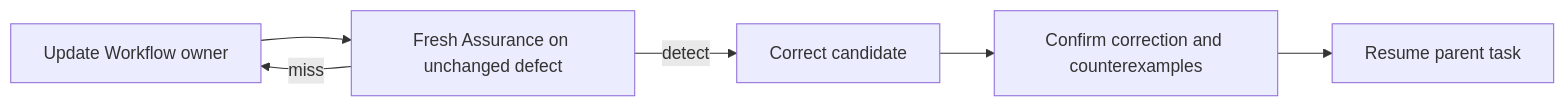
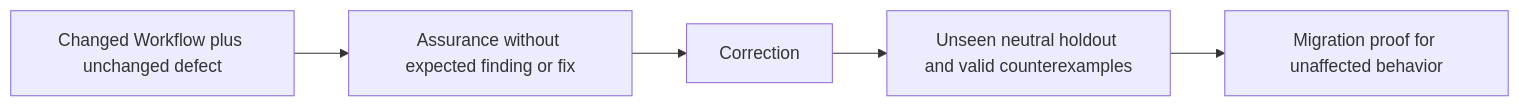
The diagram in .agents/skills/agent-workflow-engineering/references/evaluation.md (MP281X/ai-toolkit), drawn with Mermaid before and after one commit. The commit also changed other lines of this file and 16 other files, not shown here.

````diff
--- a/.agents/skills/agent-workflow-engineering/references/evaluation.md
+++ b/.agents/skills/agent-workflow-engineering/references/evaluation.md
@@ -17,8 +12,7 @@
 ```mermaid
 flowchart LR
-	W[Update Workflow owner] --> A[Fresh Assurance on unchanged defect]
-	A -->|miss| W
-	A -->|detect| C[Correct candidate]
-	C --> P[Confirm correction and counterexamples]
-	P --> R[Resume parent task]
+    W[Changed Workflow plus unchanged defect] --> A[Assurance without expected finding or fix]
+    A --> C[Correction]
+    C --> H[Unseen neutral holdout and valid counterexamples]
+    H --> M[Migration proof for unaffected behavior]
 ```
````
